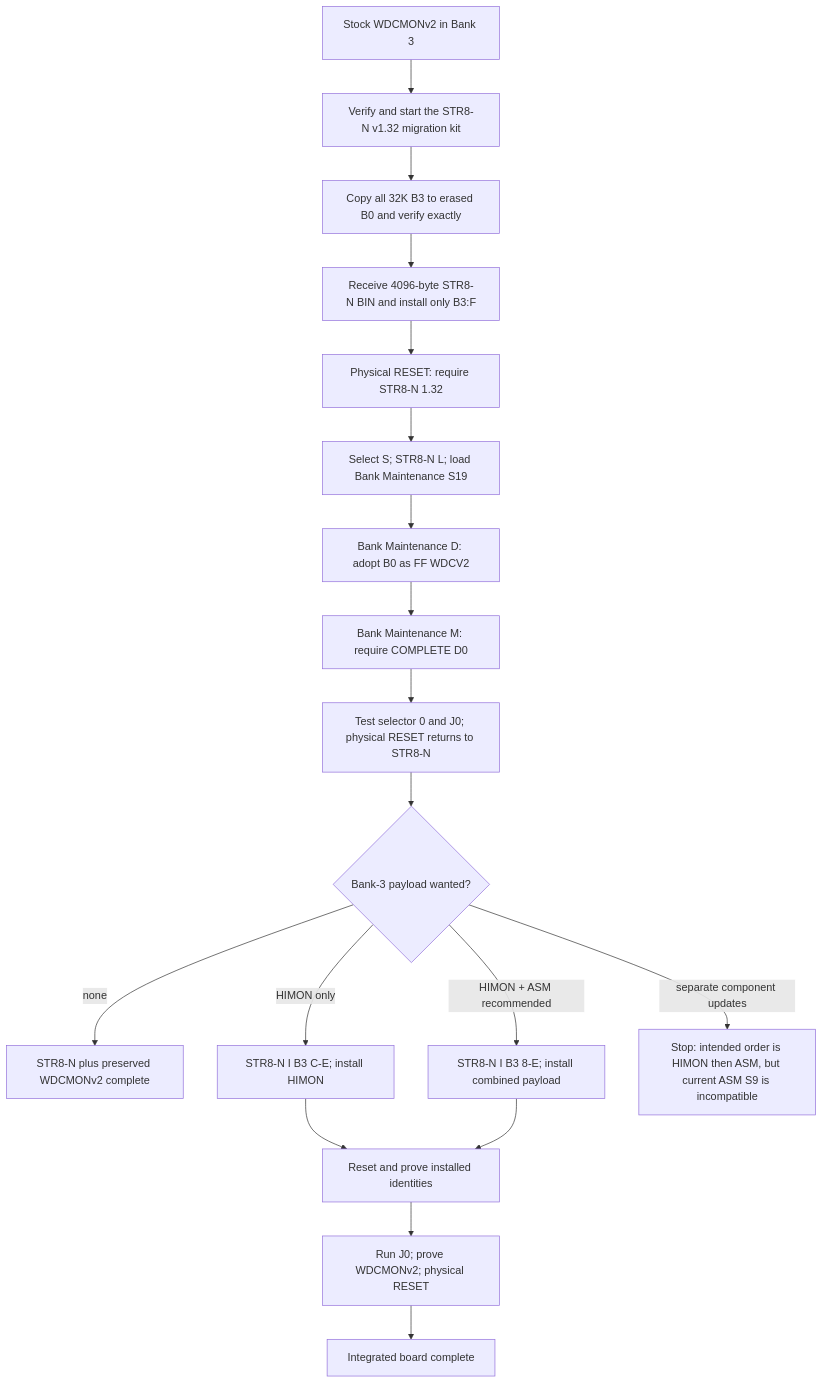
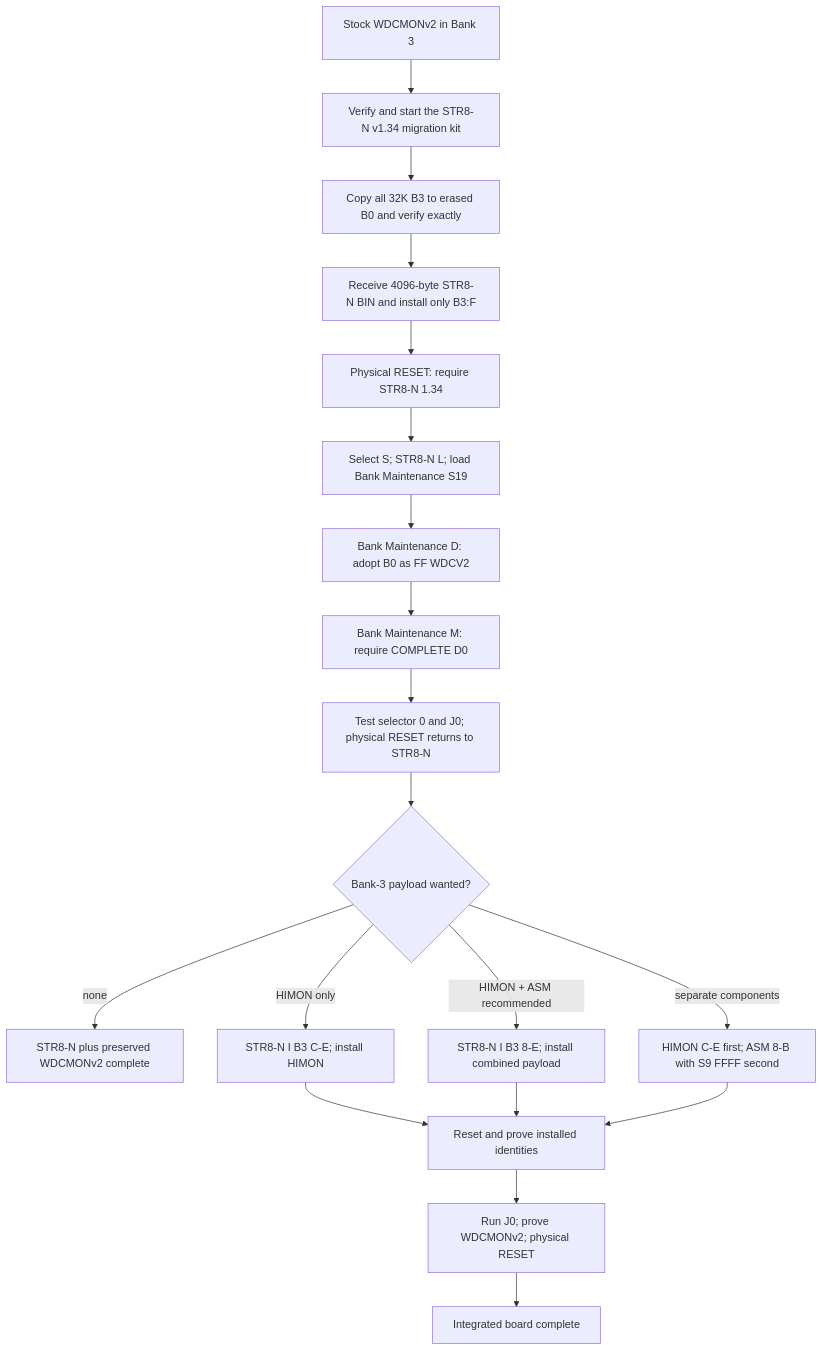
One commit to 95westus/R-YORS changed the diagram in DOC/GUIDES/INSTALLATION_FLOW.md. Above: the diagram before and after it, drawn with Mermaid. The commit also changed other lines of this file and 85 other files, not shown here.

Commit message:
Optimize HIMON and ASM-F2 and prepare documented releases

````diff
--- a/DOC/GUIDES/INSTALLATION_FLOW.md
+++ b/DOC/GUIDES/INSTALLATION_FLOW.md
@@ -107,20 +117,21 @@
 ```mermaid
 flowchart TD
-    START[Stock WDCMONv2 in Bank 3] --> KIT[Verify and start the STR8-N v1.32 migration kit]
+    START[Stock WDCMONv2 in Bank 3] --> KIT[Verify and start the STR8-N v1.34 migration kit]
     KIT --> COPY[Copy all 32K B3 to erased B0 and verify exactly]
     COPY --> TOP[Receive 4096-byte STR8-N BIN and install only B3:F]
-    TOP --> BOOT[Physical RESET: require STR8-N 1.32]
+    TOP --> BOOT[Physical RESET: require STR8-N 1.34]
     BOOT --> BMLOAD[Select S; STR8-N L; load Bank Maintenance S19]
     BMLOAD --> ADOPT[Bank Maintenance D: adopt B0 as FF WDCV2]
     ADOPT --> MAP[Bank Maintenance M: require COMPLETE D0]
     MAP --> TESTWDC[Test selector 0 and J0; physical RESET returns to STR8-N]
     TESTWDC --> CHOICE{Bank-3 payload wanted?}
     CHOICE -->|none| DONE1[STR8-N plus preserved WDCMONv2 complete]
     CHOICE -->|HIMON only| HIMON[STR8-N I B3 C-E; install HIMON]
     CHOICE -->|HIMON + ASM recommended| BOTH[STR8-N I B3 8-E; install combined payload]
-    CHOICE -->|separate component updates| BLOCKED[Stop: intended order is HIMON then ASM, but current ASM S9 is incompatible]
+    CHOICE -->|separate components| SEPARATE[HIMON C-E first; ASM 8-B with S9 FFFF second]
     HIMON --> PROVE[Reset and prove installed identities]
     BOTH --> PROVE
+    SEPARATE --> PROVE
     PROVE --> WDCAGAIN[Run J0; prove WDCMONv2; physical RESET]
     WDCAGAIN --> DONE2[Integrated board complete]
 ```
````
